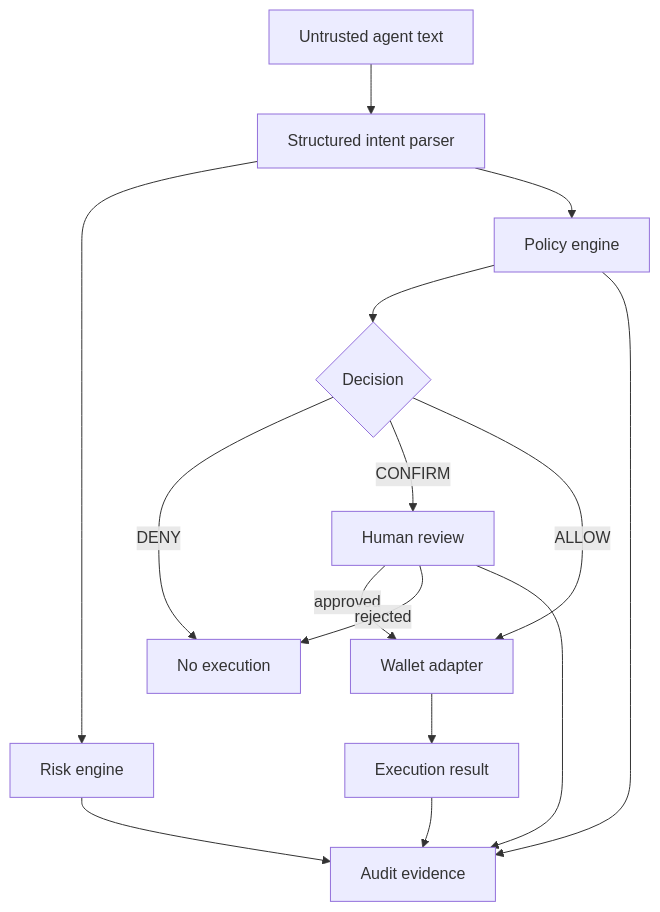
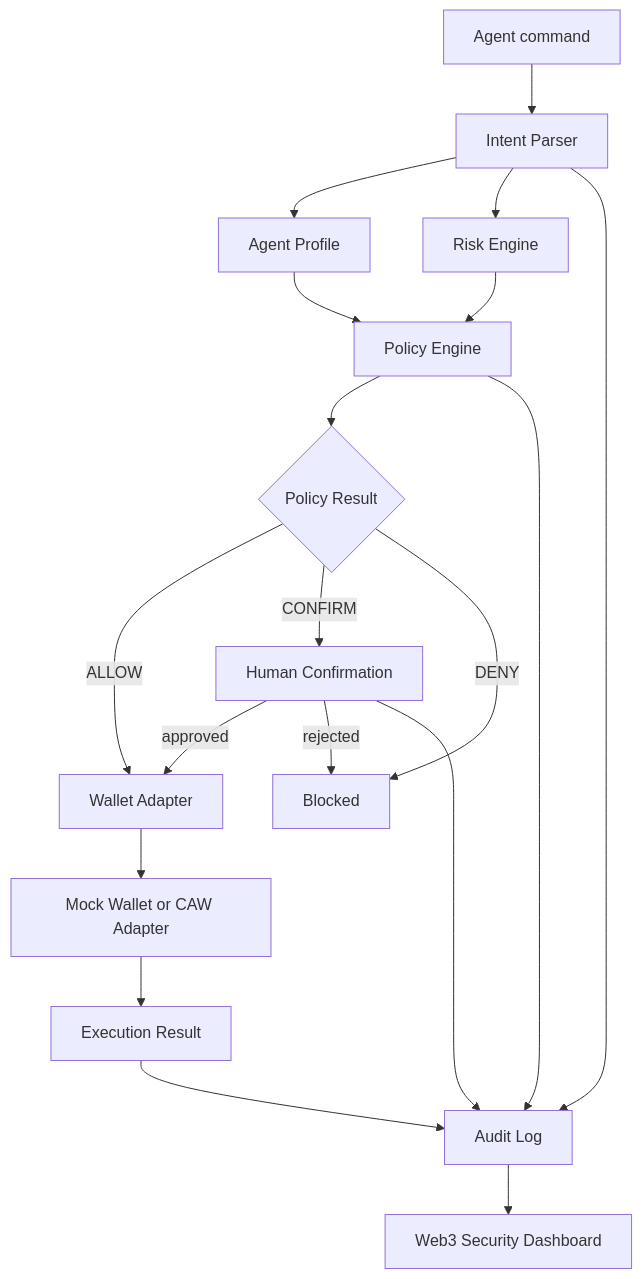
One commit to tz-hao/guardian-agent-wallet changed the second of 2 diagrams in README.md. Above: the diagram before and after it, drawn with Mermaid. The commit also changed other lines of this file and 27 other files, not shown here.

````diff
--- a/README.md
+++ b/README.md
@@ -224,17 +69,21 @@
 ```mermaid
 flowchart TD
-  A["Untrusted agent text"] --> B["Structured intent parser"]
-  B --> C["Risk engine"]
-  B --> D["Policy engine"]
-  D --> E{"Decision"}
-  E -->|"DENY"| F["No execution"]
-  E -->|"CONFIRM"| G["Human review"]
-  E -->|"ALLOW"| H["Wallet adapter"]
-  G -->|"approved"| H
-  G -->|"rejected"| F
-  H --> I["Execution result"]
-  C --> J["Audit evidence"]
-  D --> J
-  G --> J
-  I --> J
+  A["Agent command"] --> B["Intent Parser"]
+  B --> C["Agent Profile"]
+  B --> D["Risk Engine"]
+  C --> E["Policy Engine"]
+  D --> E
+  E --> F{"Policy Result"}
+  F -->|"ALLOW"| G["Wallet Adapter"]
+  F -->|"CONFIRM"| H["Human Confirmation"]
+  F -->|"DENY"| I["Blocked"]
+  H -->|"approved"| G
+  H -->|"rejected"| I
+  G --> J["Mock Wallet or CAW Adapter"]
+  J --> K["Execution Result"]
+  B --> L["Audit Log"]
+  E --> L
+  H --> L
+  K --> L
+  L --> M["Web3 Security Dashboard"]
 ```
````
